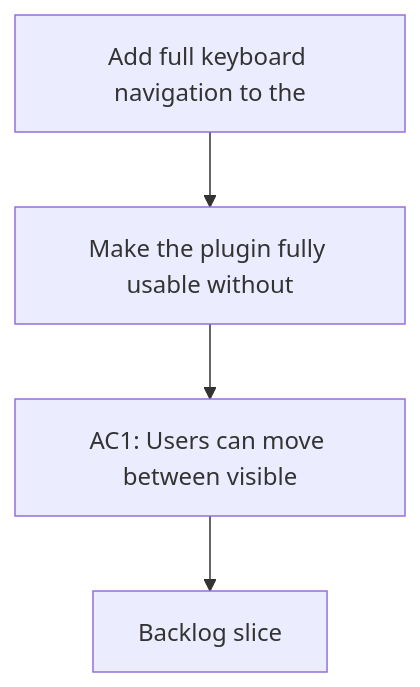
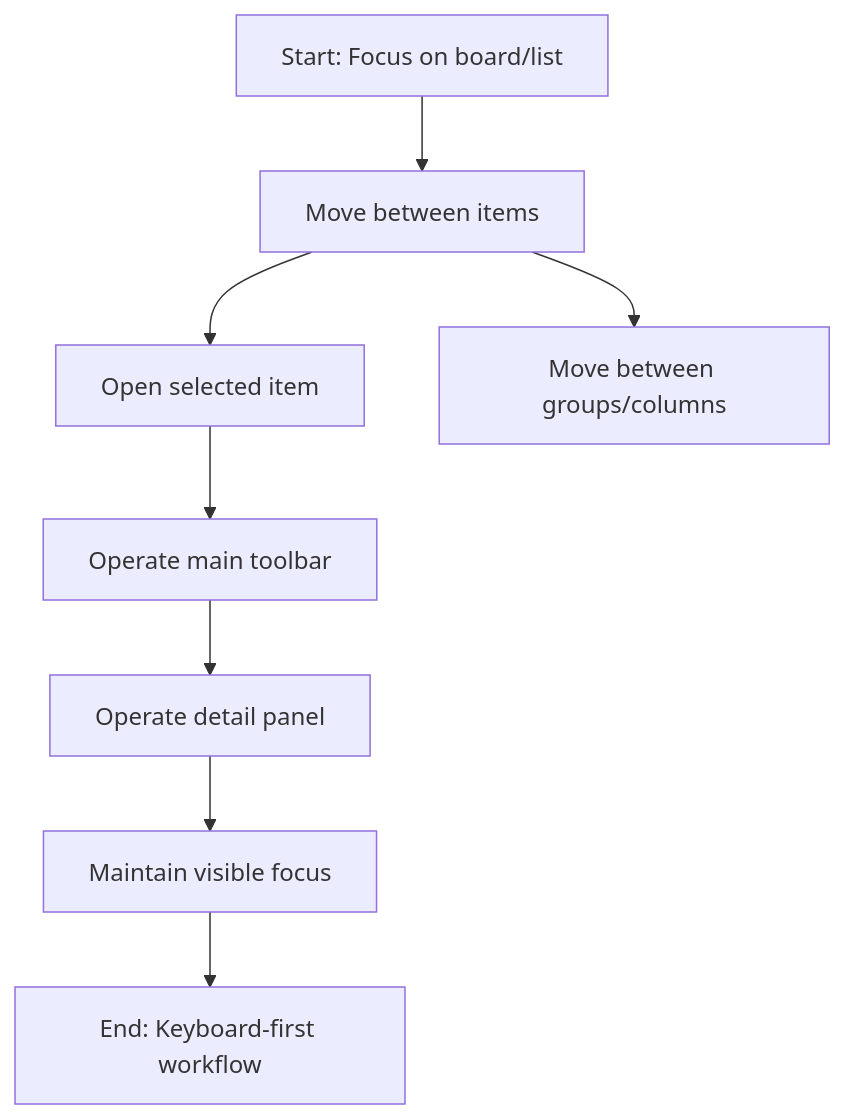
The diagram in logics/request/req_035_add_full_keyboard_navigation_to_the_plugin.md (AlexAgo83/logics-manager), drawn with Mermaid before and after one commit. The commit also changed other lines of this file and 54 other files, not shown here.

````diff
--- a/logics/request/req_035_add_full_keyboard_navigation_to_the_plugin.md
+++ b/logics/request/req_035_add_full_keyboard_navigation_to_the_plugin.md
@@ -10,8 +10,12 @@
 ```mermaid
 %% logics-kind: request
 %% logics-signature: request|add-full-keyboard-navigation-to-the-plug|make-the-plugin-fully-usable-without|ac1-users-can-move-between-visible
 flowchart TD
-    Trigger[Add full keyboard navigation to the] --> Need[Make the plugin fully usable without]
-    Need --> Outcome[AC1: Users can move between visible]
-    Outcome --> Backlog[Backlog slice]
+  A[Start: Focus on board/list] --> B[Move between items]
+  B --> C[Open selected item]
+  B --> D[Move between groups/columns]
+  C --> E[Operate main toolbar]
+  E --> F[Operate detail panel]
+  F --> G[Maintain visible focus]
+  G --> H[End: Keyboard-first workflow]
 ```
````
